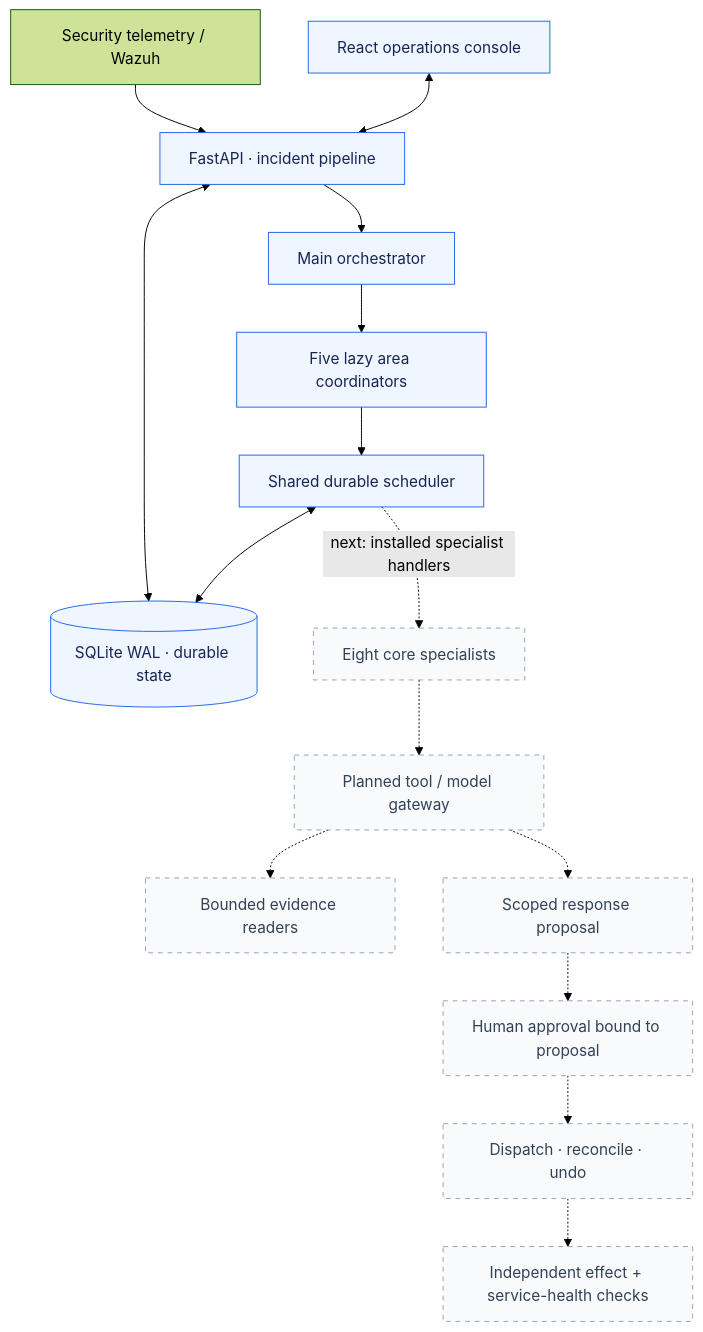
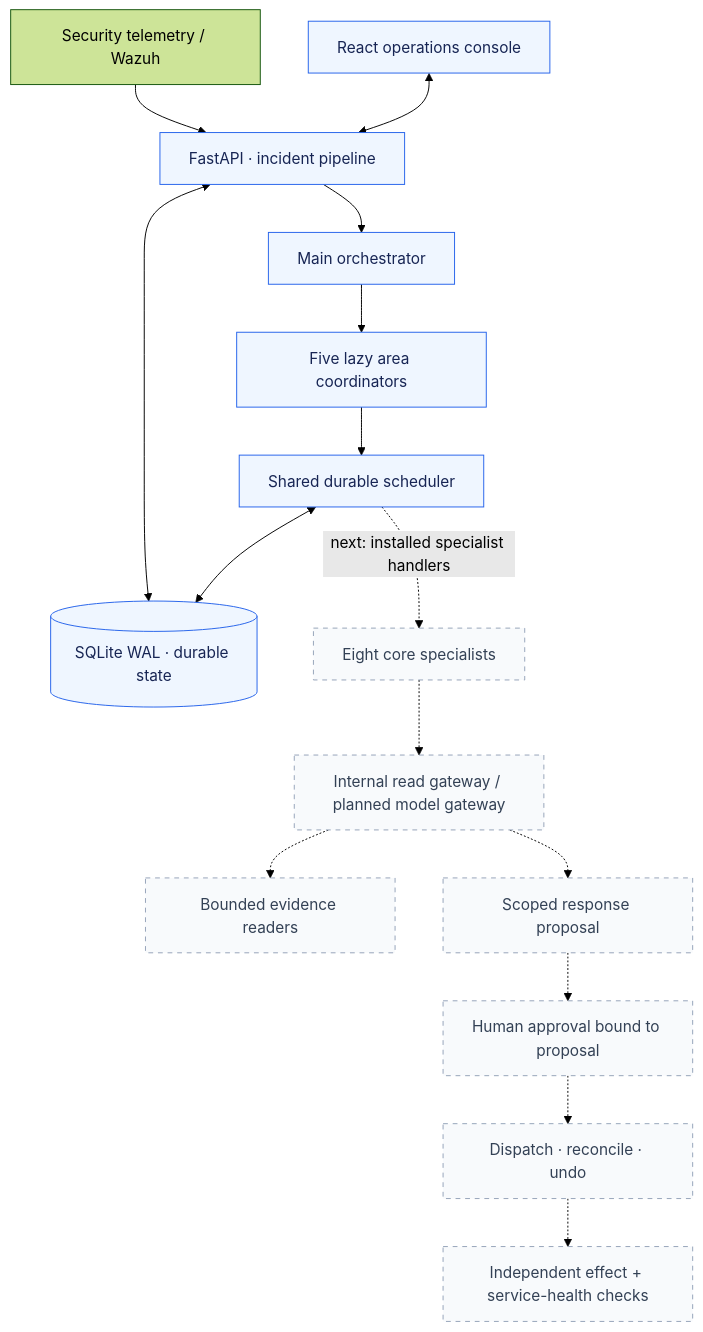
The diagram in README.md (MohammedAsadKhan/TERMINUS), drawn with Mermaid (forest theme) before and after one commit. The commit also changed other lines of this file and 25 other files, not shown here.

````diff
--- a/README.md
+++ b/README.md
@@ -48,21 +48,21 @@
 ```mermaid
 flowchart TD
     SIEM["Security telemetry / Wazuh"] --> API["FastAPI · incident pipeline"]
     API <--> DB[("SQLite WAL · durable state")]
     UI["React operations console"] <--> API
     API --> MAIN["Main orchestrator"]
     MAIN --> AREAS["Five lazy area coordinators"]
     AREAS --> SCHED["Shared durable scheduler"]
     SCHED <--> DB
     SCHED -. "next: installed specialist handlers" .-> ROLES["Eight core specialists"]
-    ROLES -.-> GATE["Planned tool / model gateway"]
+    ROLES -.-> GATE["Internal read gateway / planned model gateway"]
     GATE -.-> READ["Bounded evidence readers"]
     GATE -.-> PLAN["Scoped response proposal"]
     PLAN -.-> APPROVE["Human approval bound to proposal"]
     APPROVE -.-> EFFECT["Dispatch · reconcile · undo"]
     EFFECT -.-> VERIFY["Independent effect + service-health checks"]
     classDef foundation fill:#EFF6FF,stroke:#2563EB,color:#172554;
     classDef planned fill:#F8FAFC,stroke:#94A3B8,color:#334155,stroke-dasharray:5 5;
     class API,DB,UI,MAIN,AREAS,SCHED foundation;
     class ROLES,GATE,READ,PLAN,APPROVE,EFFECT,VERIFY planned;
 ```
````
